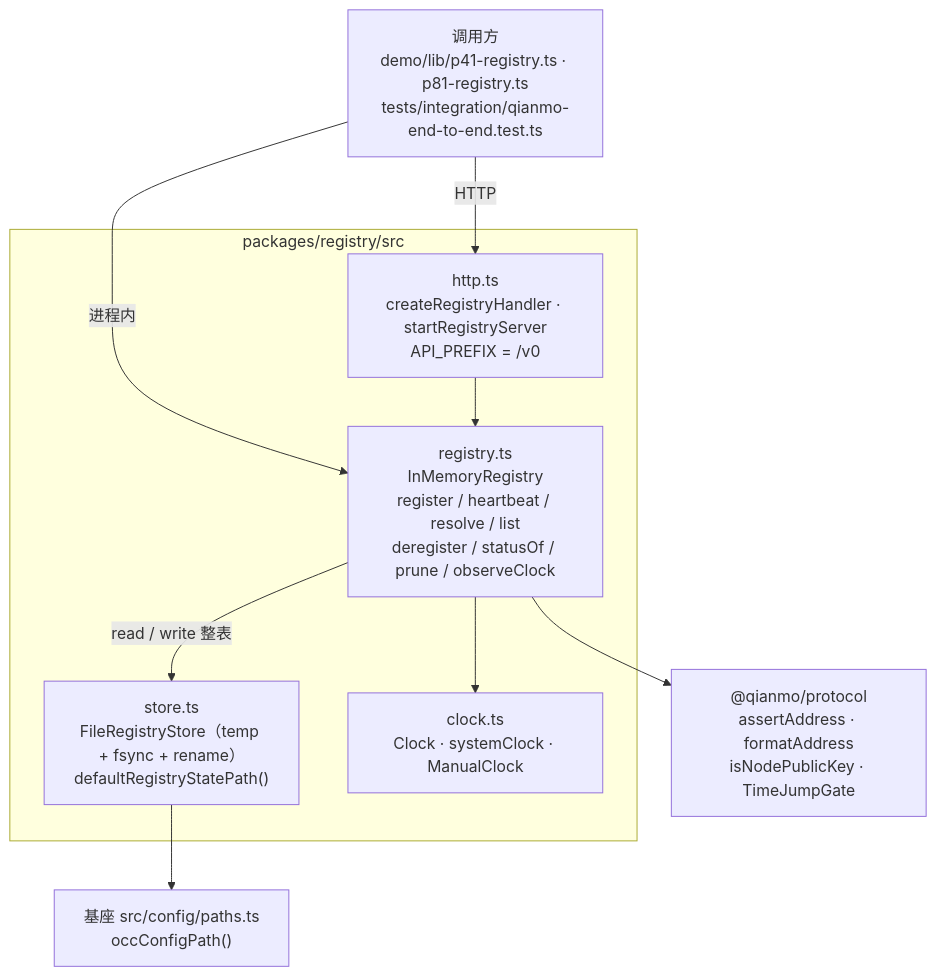
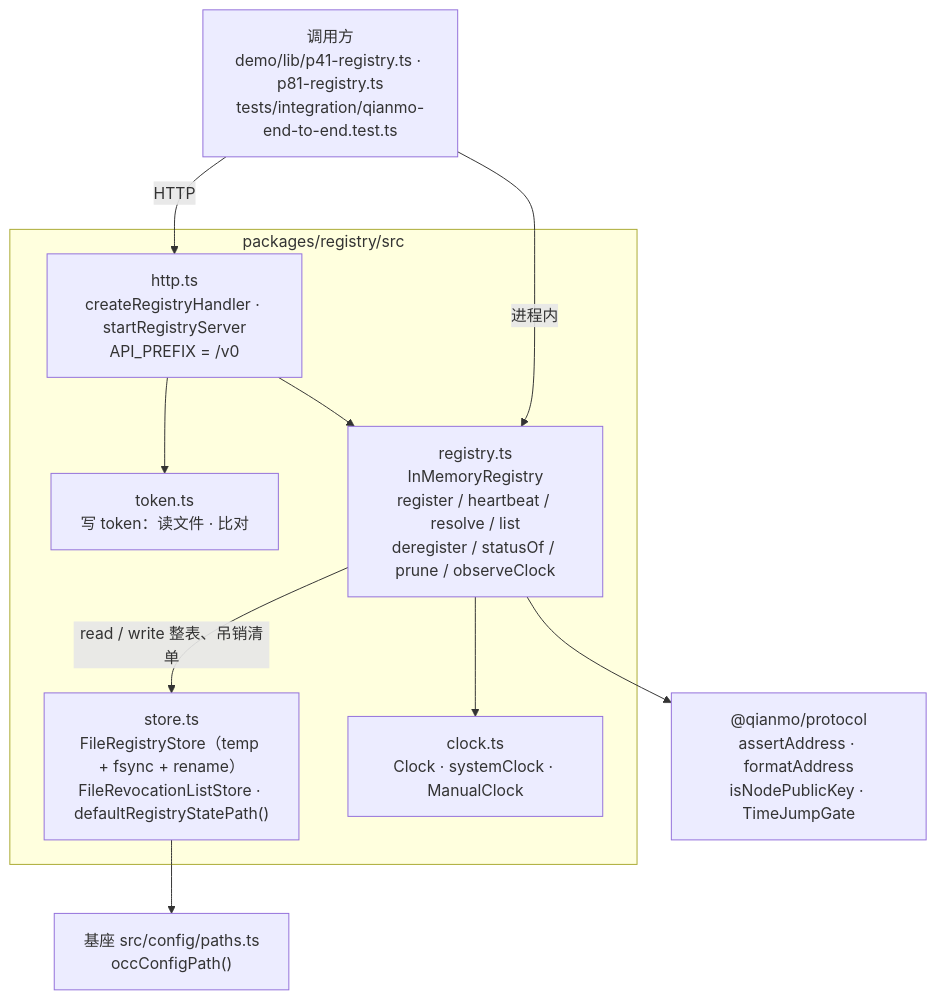
One commit to sweetcornna/atlas changed the diagram in packages/registry/README.md. Above: the diagram before and after it, drawn with Mermaid. The commit also changed other lines of this file and 8 other files, not shown here.

First line of the commit message:
feat(registry): P15.8 写 token、吊销清单落盘，时钟脉冲清出过期行

````diff
--- a/packages/registry/README.md
+++ b/packages/registry/README.md
@@ -17,22 +17,24 @@
 ```mermaid
 flowchart TD
   caller["调用方<br/>demo/lib/p41-registry.ts · p81-registry.ts<br/>tests/integration/qianmo-end-to-end.test.ts"]
 
   subgraph pkg["packages/registry/src"]
     http["http.ts<br/>createRegistryHandler · startRegistryServer<br/>API_PREFIX = /v0"]
+    token["token.ts<br/>写 token：读文件 · 比对"]
     registry["registry.ts<br/>InMemoryRegistry<br/>register / heartbeat / resolve / list<br/>deregister / statusOf / prune / observeClock"]
-    store["store.ts<br/>FileRegistryStore（temp + fsync + rename）<br/>defaultRegistryStatePath()"]
+    store["store.ts<br/>FileRegistryStore（temp + fsync + rename）<br/>FileRevocationListStore · defaultRegistryStatePath()"]
     clock["clock.ts<br/>Clock · systemClock · ManualClock"]
   end
 
   protocol["@qianmo/protocol<br/>assertAddress · formatAddress<br/>isNodePublicKey · TimeJumpGate"]
   paths["基座 src/config/paths.ts<br/>occConfigPath()"]
 
   caller -->|HTTP| http
   caller -->|进程内| registry
   http --> registry
+  http --> token
   registry --> clock
-  registry -->|read / write 整表| store
+  registry -->|read / write 整表、吊销清单| store
   registry --> protocol
   store --> paths
 ```
````
